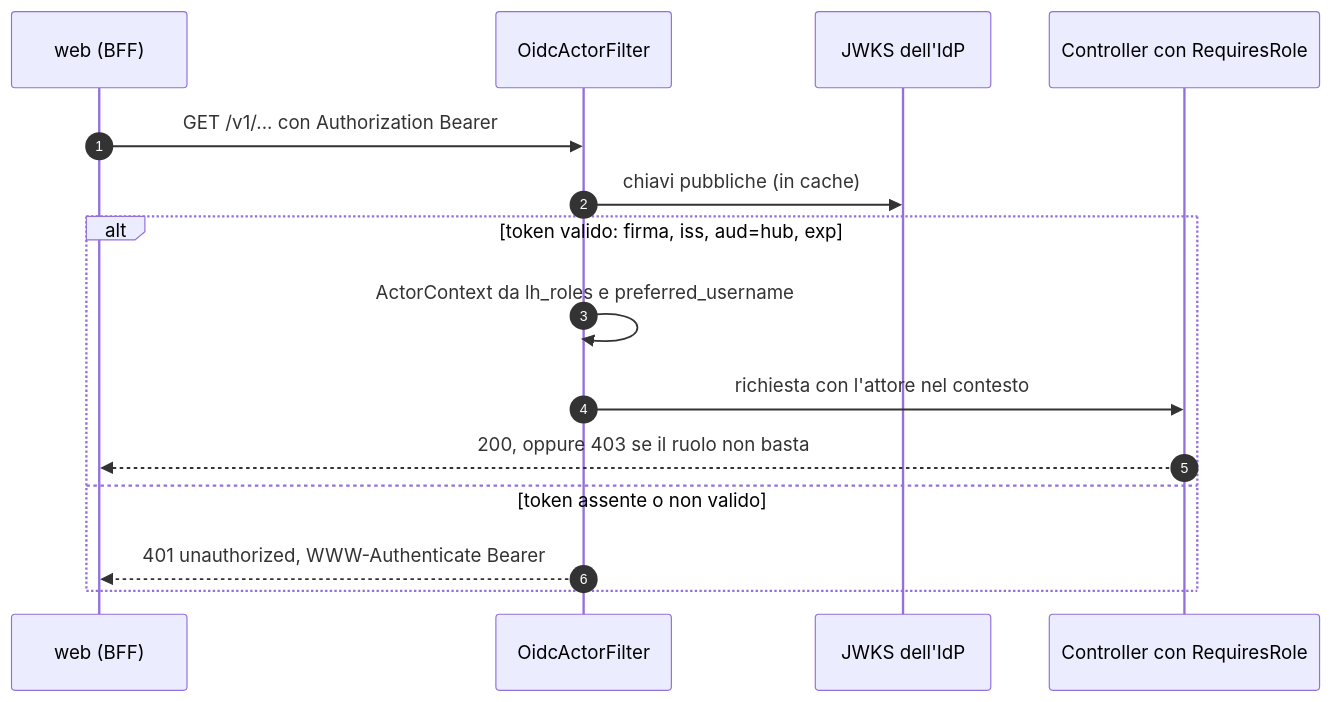
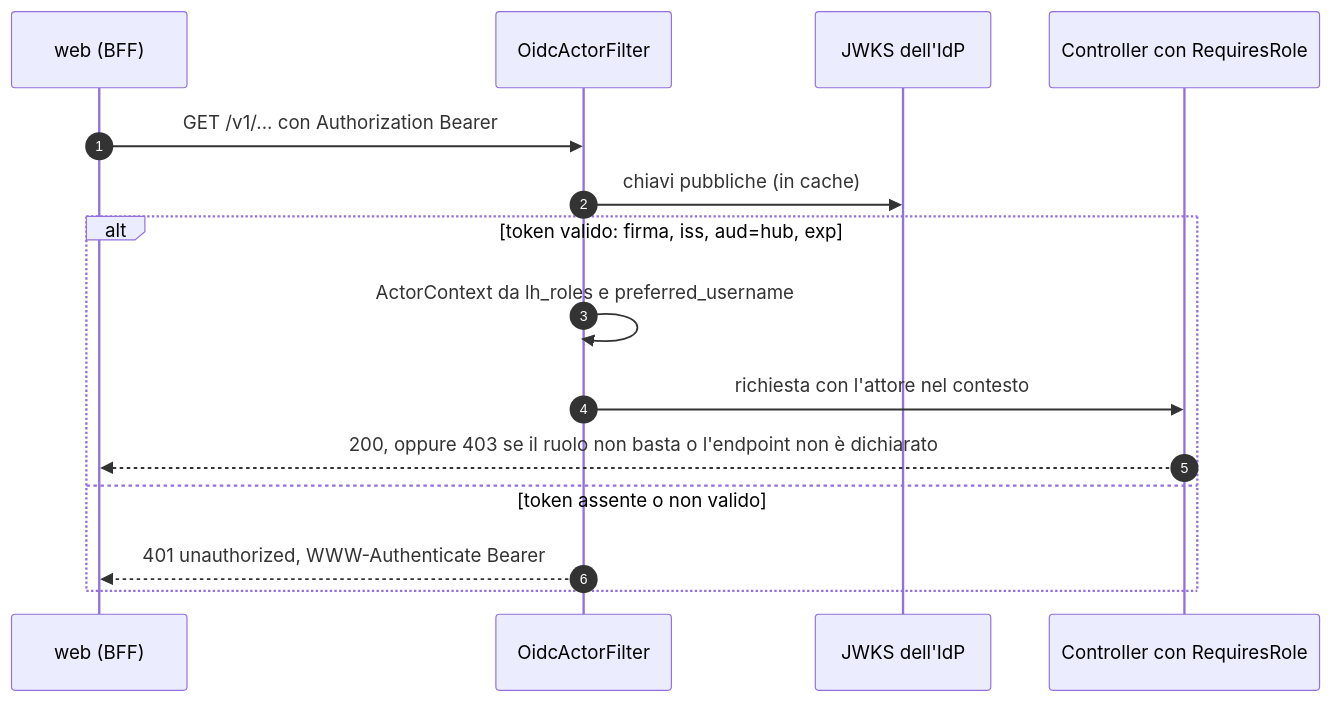
Before and after one commit to peppe-ruv/Loyalty_Sys: the first of 2 diagrams in docs/06-CONVENZIONI-BACKEND.md, drawn with Mermaid. The commit also changed other lines of this file and 95 other files, not shown here.

First line of the commit message:
feat(common): deny by default sugli endpoint con @PublicEndpoint e ArchUnit [F2-SEC-09, ADR-042, M8.10, Q-492, Q-493] (#131)

````diff
--- a/docs/06-CONVENZIONI-BACKEND.md
+++ b/docs/06-CONVENZIONI-BACKEND.md
@@ -83,19 +84,19 @@
 ```mermaid
 sequenceDiagram
   accTitle: Attore dal token nel profilo enterprise
-  accDescr: Il BFF chiama un servizio con l'access token; il filtro OIDC verifica firma, emittente, audience e scadenza, ricava l'attore dai ruoli del token e lascia l'autorizzazione a RequiresRole; un token non valido riceve 401.
+  accDescr: Il BFF chiama un servizio con l'access token; il filtro OIDC verifica firma, emittente, audience e scadenza, ricava l'attore dai ruoli del token e lascia l'autorizzazione a RequiresRole, con il deny by default; un token non valido riceve 401.
   autonumber
   participant W as web (BFF)
   participant F as OidcActorFilter
   participant K as JWKS dell'IdP
   participant C as Controller con RequiresRole
   W->>F: GET /v1/... con Authorization Bearer
   F->>K: chiavi pubbliche (in cache)
   alt token valido: firma, iss, aud=hub, exp
     F->>F: ActorContext da lh_roles e preferred_username
     F->>C: richiesta con l'attore nel contesto
-    C-->>W: 200, oppure 403 se il ruolo non basta
+    C-->>W: 200, oppure 403 se il ruolo non basta o l'endpoint non è dichiarato
   else token assente o non valido
     F-->>W: 401 unauthorized, WWW-Authenticate Bearer
   end
 ```
````
